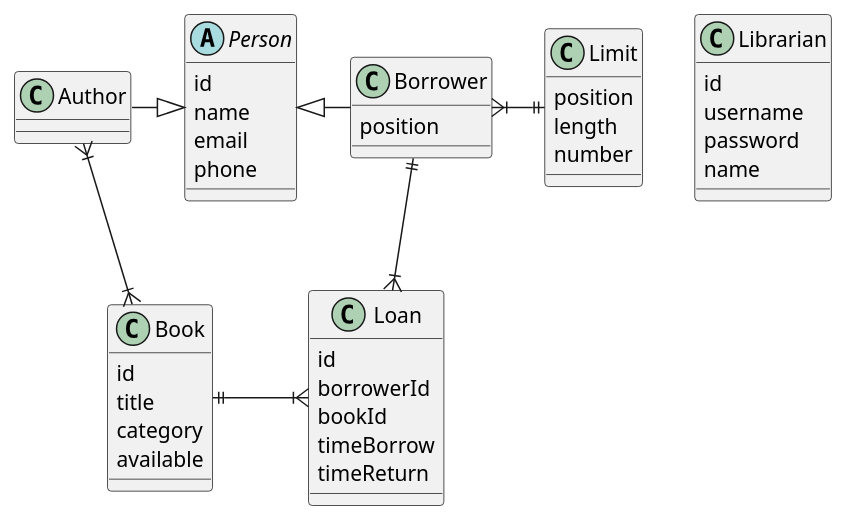
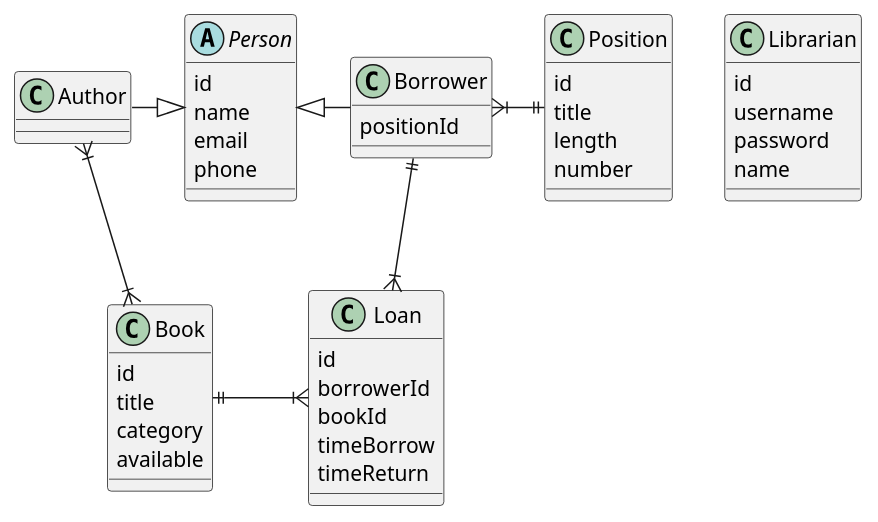
The diagram in src/main/plain/LibraryManagement.puml (iam-nhi-nguyen/library-management), drawn with PlantUML before and after one commit. The commit also changed 1 other file, not shown here.

```diff
--- a/src/main/plain/LibraryManagement.puml
+++ b/src/main/plain/LibraryManagement.puml
@@ -1,54 +1,55 @@
 @startuml
 'https://plantuml.com/class-diagram
 
 abstract class Person {
     id
     name
     email
     phone
 }
 class Borrower {
-    position
+    positionId
 }
 class Author
 
 class Book {
     id
     title
     category
     available
 }
 
 
 class Loan {
     id
     borrowerId
     bookId
     timeBorrow
     timeReturn
 }
 
-class Limit {
-    position
+class Position {
+    id
+    title
     length
     number
 }
 
 class Librarian {
     id
     username
     password
     name
 }
 
 Person <|-r- Borrower
 Person <|-l- Author
 
 Author }|--|{ Book
 
 Loan }|-u-|| Borrower
 Loan }|-l-|| Book
 
-Borrower }|-|| Limit
+Borrower }|-|| Position
 
 @enduml
```
